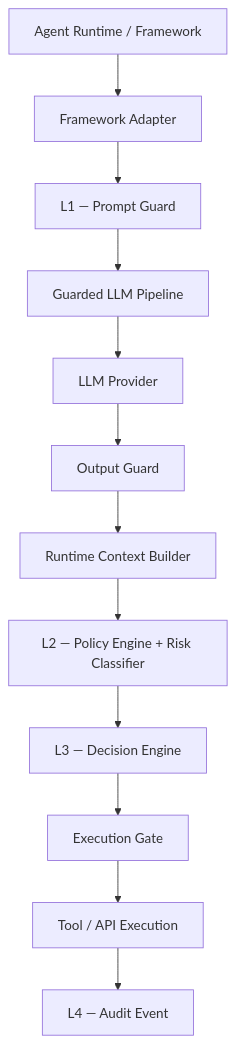
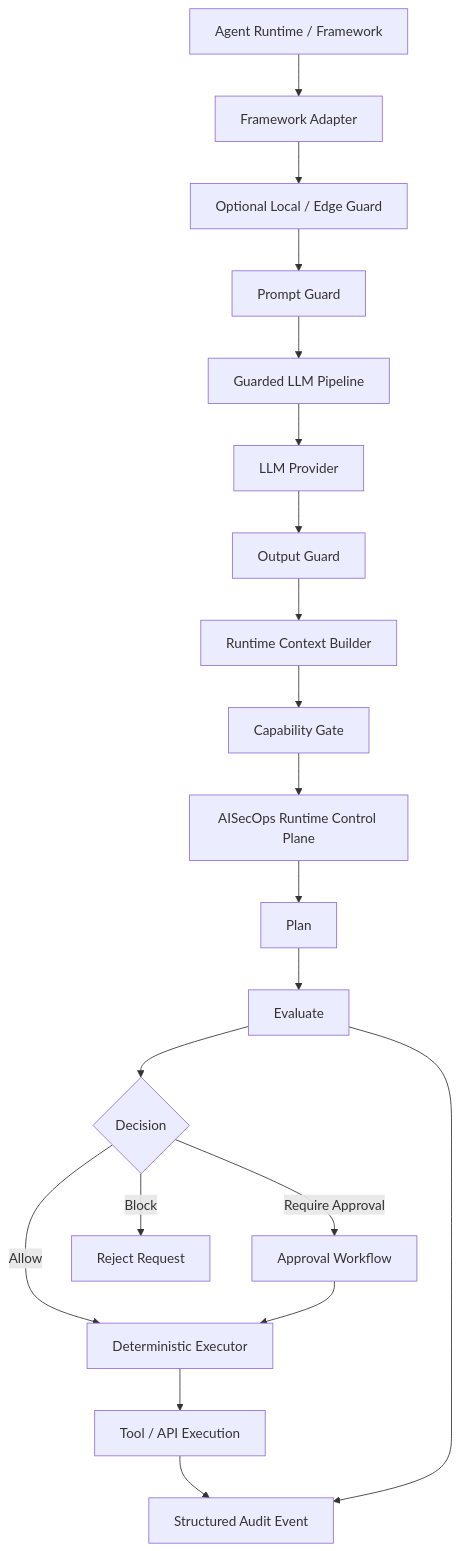
One commit to viplavfauzdar/aisecops-site changed the third of 4 diagrams in src/content/architecture.md. Above: the diagram before and after it, drawn with Mermaid. The commit also changed other lines of this file and 7 other files, not shown here.

````diff
--- a/src/content/architecture.md
+++ b/src/content/architecture.md
@@ -235,27 +287,40 @@
 ```mermaid
 flowchart TD
 
 A[Agent Runtime / Framework]
 
 A --> B[Framework Adapter]
 
-B --> C[L1 — Prompt Guard]
+B --> C[Optional Local / Edge Guard]
 
-C --> D[Guarded LLM Pipeline]
+C --> D[Prompt Guard]
 
-D --> E[LLM Provider]
+D --> E[Guarded LLM Pipeline]
 
-E --> F[Output Guard]
+E --> F[LLM Provider]
 
-F --> G[Runtime Context Builder]
+F --> G[Output Guard]
 
-G --> H[L2 — Policy Engine + Risk Classifier]
+G --> H[Runtime Context Builder]
 
-H --> I[L3 — Decision Engine]
+H --> I[Capability Gate]
 
-I --> J[Execution Gate]
+I --> J[AISecOps Runtime Control Plane]
 
-J --> K[Tool / API Execution]
+J --> K[Plan]
 
-K --> L[L4 — Audit Event]
+K --> L[Evaluate]
+
+L --> M{Decision}
+
+M -->|Allow| N[Deterministic Executor]
+M -->|Block| O[Reject Request]
+M -->|Require Approval| P[Approval Workflow]
+
+P --> N
+
+N --> Q[Tool / API Execution]
+
+L --> R[Structured Audit Event]
+Q --> R
 ```
````
